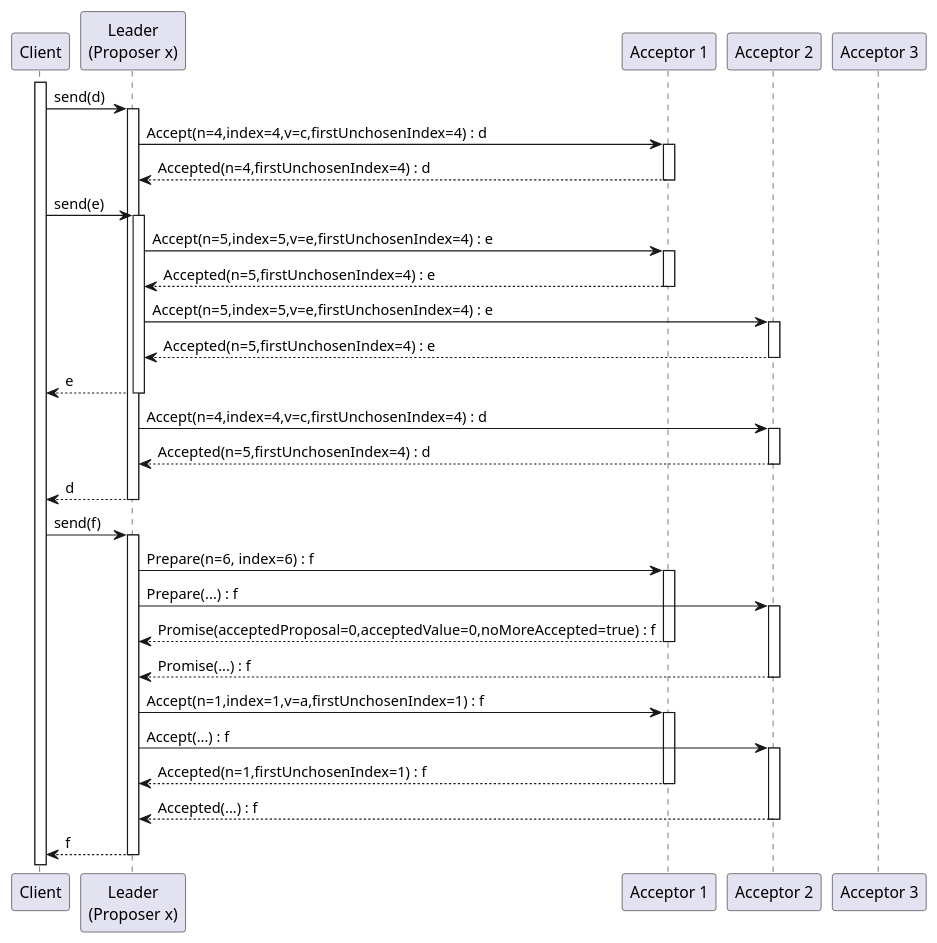
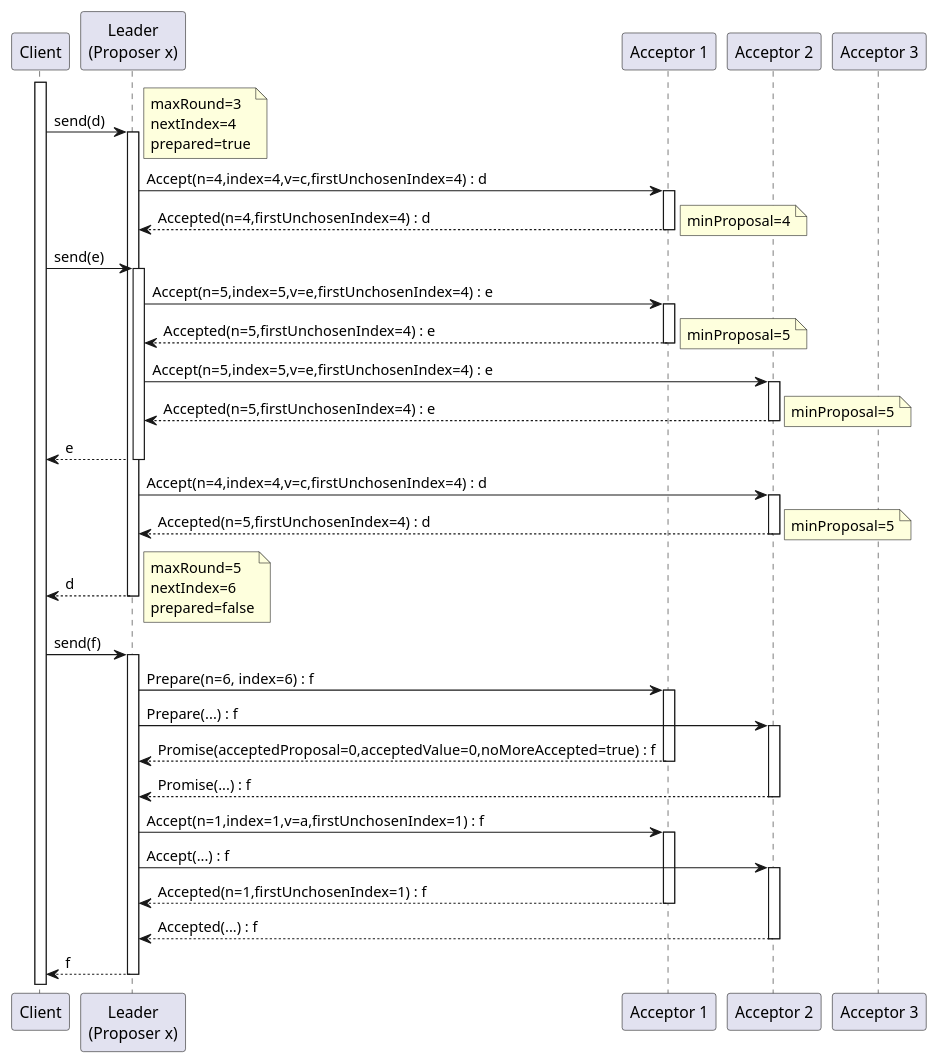
One commit to nocnob/notfound changed the third of 3 diagrams in src/pages/posts/distribution-paxos-multi.adoc. Above: the diagram before and after it, drawn with PlantUML.

Commit message:
修改：     src/pages/posts/distribution-paxos-multi.adoc

```diff
--- a/src/pages/posts/distribution-paxos-multi.adoc
+++ b/src/pages/posts/distribution-paxos-multi.adoc
@@ -141,60 +141,66 @@
 [source,plantuml]
 ----
 @startuml
 participant Client as c
 participant "Leader\n(Proposer x)" as l
 participant "Acceptor 1" as a1
 participant "Acceptor 2" as a2
 participant "Acceptor 3" as a3
 
 activate c
 c -> l : send(d)
+note right: maxRound=3\nnextIndex=4\nprepared=true
 activate l
     l -> a1 : Accept(n=4,index=4,v=c,firstUnchosenIndex=4) : d
     activate a1
     l <-- a1 : Accepted(n=4,firstUnchosenIndex=4) : d
+    note right: minProposal=4
     deactivate a1
 
 c -> l : send(e)
 activate l
     l -> a1 : Accept(n=5,index=5,v=e,firstUnchosenIndex=4) : e
     activate a1
     l <-- a1 : Accepted(n=5,firstUnchosenIndex=4) : e
+    note right: minProposal=5
     deactivate a1
     l -> a2 : Accept(n=5,index=5,v=e,firstUnchosenIndex=4) : e
     activate a2
     l <-- a2 : Accepted(n=5,firstUnchosenIndex=4) : e
+    note right: minProposal=5
     deactivate a2
 c <-- l : e
 deactivate l
 
     l -> a2 : Accept(n=4,index=4,v=c,firstUnchosenIndex=4) : d
     activate a2
     l <-- a2 : Accepted(n=5,firstUnchosenIndex=4) : d
+    note right: minProposal=5
     deactivate a2
 c <-- l : d
 deactivate l
 
+note right: maxRound=5\nnextIndex=6\nprepared=false
 c -> l : send(f)
 activate l
     l -> a1 : Prepare(n=6, index=6) : f
     activate a1
     l -> a2 : Prepare(...) : f
     activate a2
     l <-- a1 : Promise(acceptedProposal=0,acceptedValue=0,noMoreAccepted=true) : f
     deactivate a1
     l <-- a2 : Promise(...) : f
     deactivate a2
 
     l -> a1 : Accept(n=1,index=1,v=a,firstUnchosenIndex=1) : f
     activate a1
     l -> a2 : Accept(...) : f
     activate a2
     l <-- a1 : Accepted(n=1,firstUnchosenIndex=1) : f
     deactivate a1
     l <-- a2 : Accepted(...) : f
     deactivate a2
 c <-- l : f
 deactivate l
 @enduml
 ----
```
